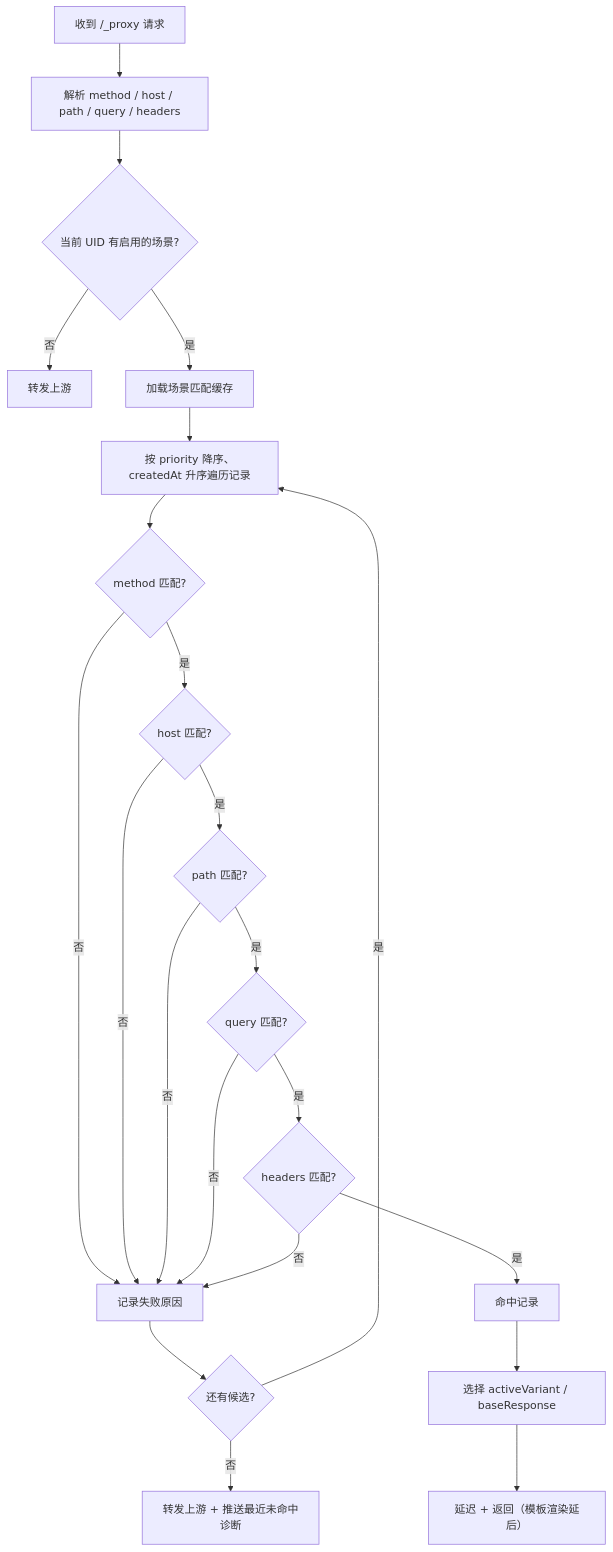
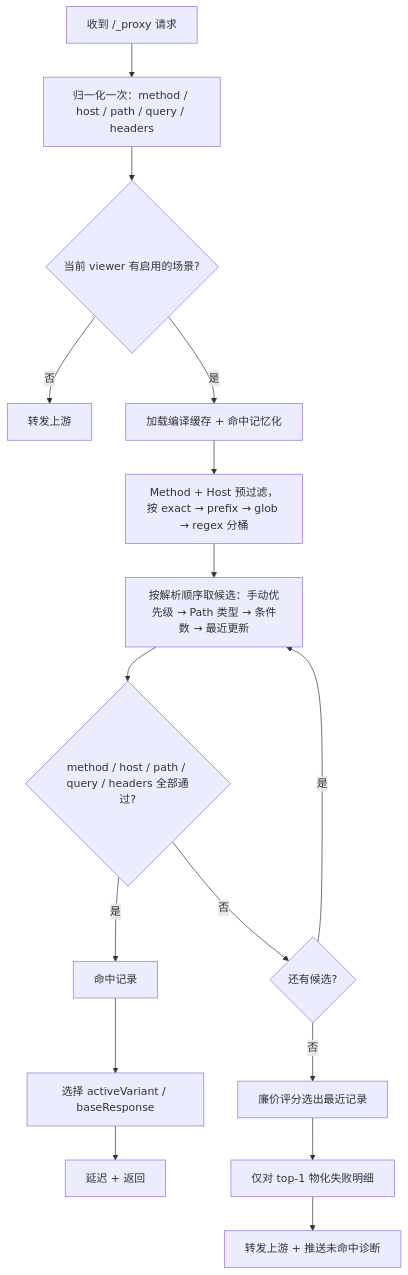
The diagram in docs/PRD-v1.1-0-6周需求.md (maskerliu/app-api-proxy), drawn with Mermaid before and after one commit. The commit also changed other lines of this file and 83 other files, not shown here.

````diff
--- a/docs/PRD-v1.1-0-6周需求.md
+++ b/docs/PRD-v1.1-0-6周需求.md
@@ -166,24 +174,18 @@
 ```mermaid
 flowchart TD
-    A[收到 /_proxy 请求] --> B[解析 method / host / path / query / headers]
-    B --> C{当前 UID 有启用的场景?}
+    A[收到 /_proxy 请求] --> B[归一化一次：method / host / path / query / headers]
+    B --> C{当前 viewer 有启用的场景?}
     C -- 否 --> P[转发上游]
-    C -- 是 --> D[加载场景匹配缓存]
-    D --> E[按 priority 降序、createdAt 升序遍历记录]
-    E --> F{method 匹配?}
-    F -- 否 --> N[记录失败原因]
-    F -- 是 --> G{host 匹配?}
-    G -- 否 --> N
-    G -- 是 --> H{path 匹配?}
-    H -- 否 --> N
-    H -- 是 --> I{query 匹配?}
-    I -- 否 --> N
-    I -- 是 --> J{headers 匹配?}
-    J -- 否 --> N
-    J -- 是 --> K[命中记录]
-    K --> L[选择 activeVariant / baseResponse]
-    L --> M[延迟 + 返回（模板渲染延后）]
-    N --> O{还有候选?}
-    O -- 是 --> E
-    O -- 否 --> Q[转发上游 + 推送最近未命中诊断]
+    C -- 是 --> D[加载编译缓存 + 命中记忆化]
+    D --> E[Method + Host 预过滤，按 exact → prefix → glob → regex 分桶]
+    E --> F[按解析顺序取候选：手动优先级 → Path 类型 → 条件数 → 最近更新]
+    F --> G{method / host / path / query / headers 全部通过?}
+    G -- 是 --> H[命中记录]
+    H --> I[选择 activeVariant / baseResponse]
+    I --> J[延迟 + 返回]
+    G -- 否 --> K{还有候选?}
+    K -- 是 --> F
+    K -- 否 --> L[廉价评分选出最近记录]
+    L --> M[仅对 top-1 物化失败明细]
+    M --> N[转发上游 + 推送未命中诊断]
 ```
````
